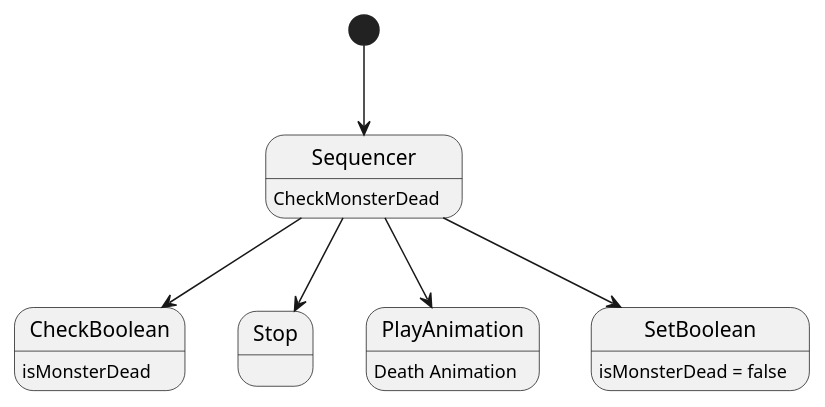
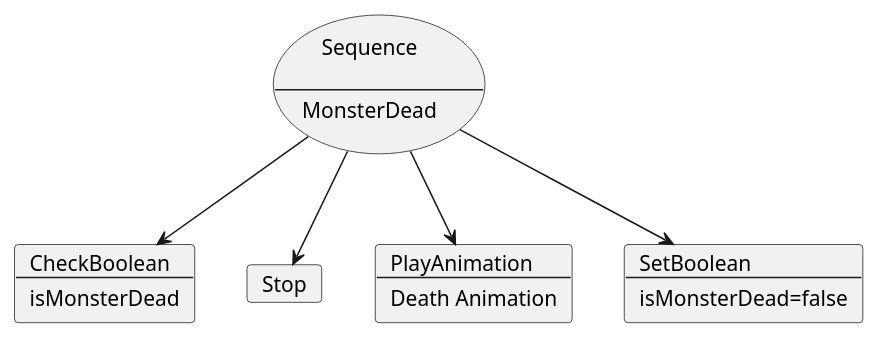
One commit to onedeo/Portfolio changed the diagram in 04. Portfolio/개발문서/BehaviourTree/Damaged/Dead.puml. Above: the diagram before and after it, drawn with PlantUML. The commit also changed 98 other files, not shown here.

```diff
--- a/04. Portfolio/개발문서/BehaviourTree/Damaged/Dead.puml
+++ b/04. Portfolio/개발문서/BehaviourTree/Damaged/Dead.puml
@@ -1,13 +1,31 @@
 @startuml
 
-[*]-->Sequencer
-Sequencer : CheckMonsterDead
-Sequencer-->CheckBoolean
-CheckBoolean : isMonsterDead
-Sequencer-->Stop
-Sequencer-->PlayAnimation
-PlayAnimation : Death Animation
-Sequencer-->SetBoolean
-SetBoolean : isMonsterDead = false
+usecase Sequence[
+    Sequence
+    
+    ---
+    MonsterDead
+]
+card CheckBoolean[
+    CheckBoolean
+    ---
+    isMonsterDead
+]
+card Stop
+card PlayAnimation[
+    PlayAnimation
+    ---
+    Death Animation
+]
+card SetBoolean[
+    SetBoolean
+    ---
+    isMonsterDead=false
+]
+
+Sequence-->CheckBoolean
+Sequence-->Stop
+Sequence-->PlayAnimation
+Sequence-->SetBoolean
 
 @enduml
```
